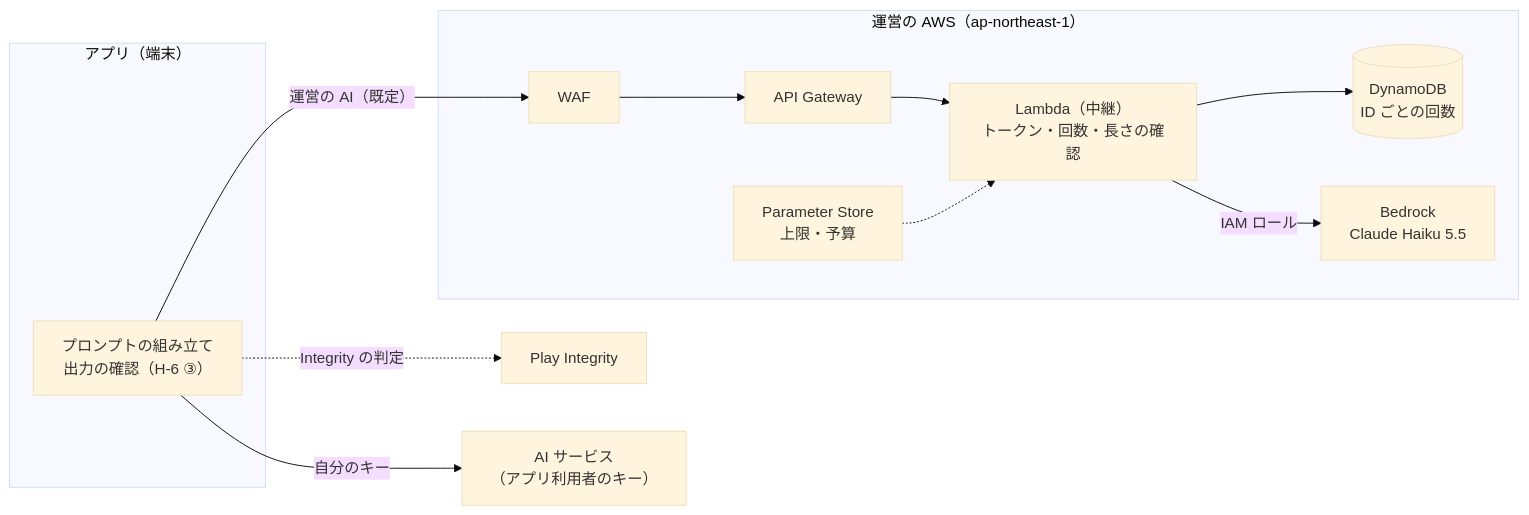
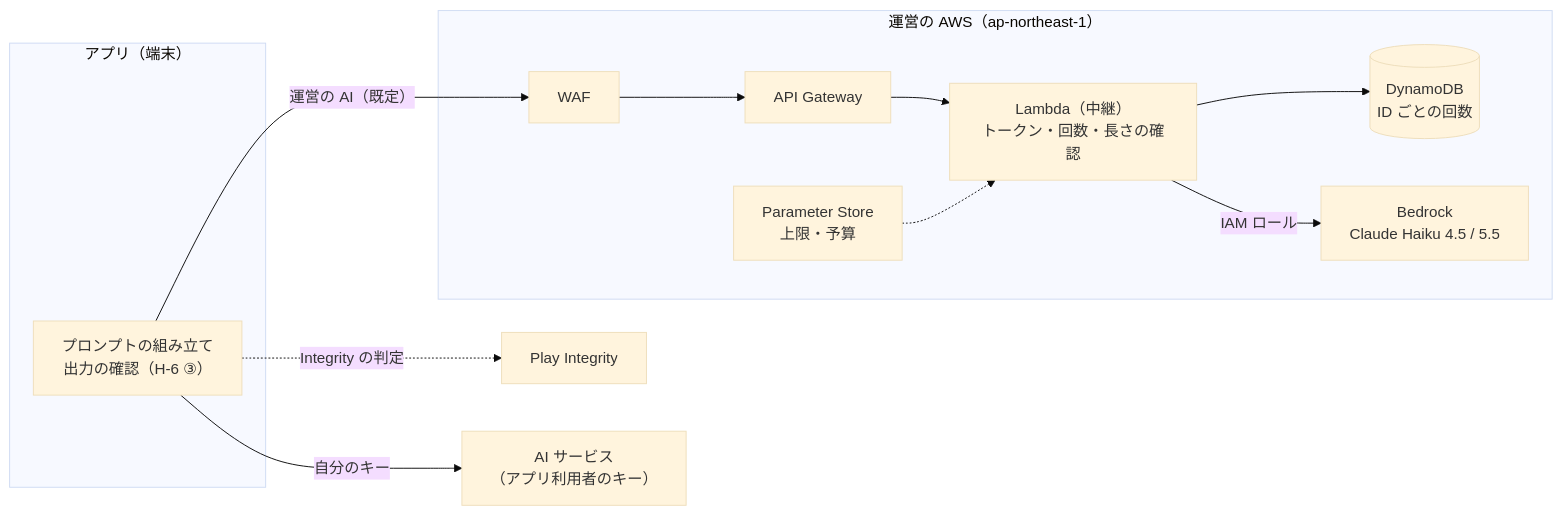
The diagram in docs/decisions/ADR-AI-RELAY.md (duwenji/yorisoi-platform), drawn with Mermaid (base theme) before and after one commit. The commit also changed other lines of this file and 2 other files, not shown here.

First line of the commit message:
docs: the relay starts on Haiku 4.5 and the operator switches models

````diff
--- a/docs/decisions/ADR-AI-RELAY.md
+++ b/docs/decisions/ADR-AI-RELAY.md
@@ -92,17 +92,17 @@
 ```mermaid
 flowchart LR
   subgraph APP["アプリ（端末）"]
     P["プロンプトの組み立て<br/>出力の確認（H-6 ③）"]
   end
   subgraph AWS["運営の AWS（ap-northeast-1）"]
     WAF["WAF"] --> GW["API Gateway"] --> L["Lambda（中継）<br/>トークン・回数・長さの確認"]
     L --> DB[("DynamoDB<br/>ID ごとの回数")]
-    L -- "IAM ロール" --> BR["Bedrock<br/>Claude Haiku 5.5"]
+    L -- "IAM ロール" --> BR["Bedrock<br/>Claude Haiku 4.5 / 5.5"]
     PS["Parameter Store<br/>上限・予算"] -.-> L
   end
   PI["Play Integrity"]
   AIS["AI サービス<br/>（アプリ利用者のキー）"]
   P -- "運営の AI（既定）" --> WAF
   P -. "Integrity の判定" .-> PI
   P -- "自分のキー" --> AIS
 ```
````
